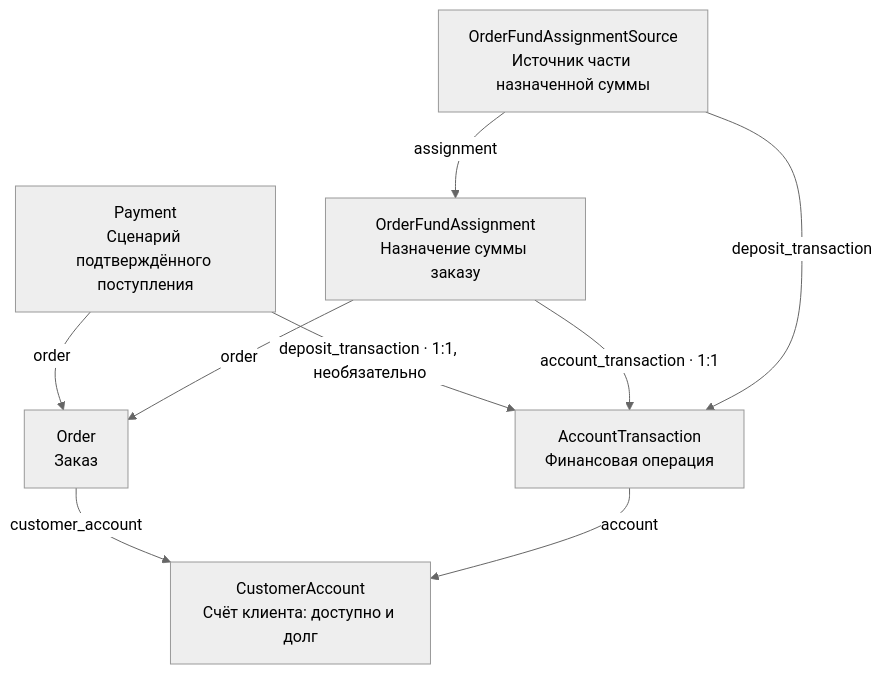
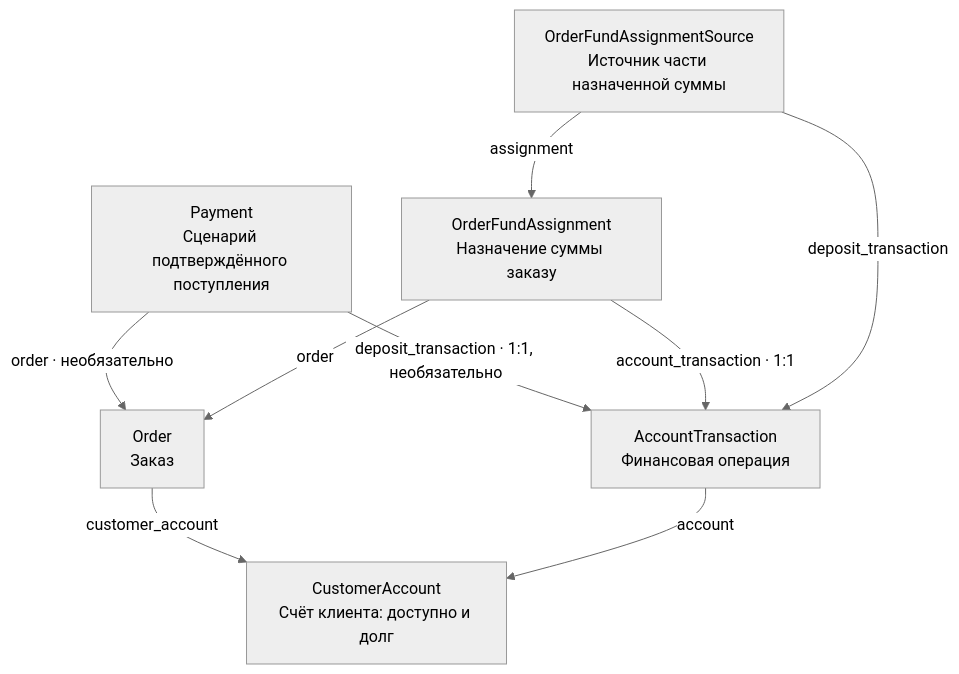
The first of 4 diagrams in README.md (asmpc/Shop_ePower), drawn with Mermaid (neutral theme) before and after one commit. The commit also changed other lines of this file and 21 other files, not shown here.

````diff
--- a/README.md
+++ b/README.md
@@ -259,18 +259,18 @@
 ```mermaid
 flowchart TB
     P["Payment<br/>Сценарий подтверждённого поступления"]
     O["Order<br/>Заказ"]
     A["OrderFundAssignment<br/>Назначение суммы заказу"]
     S["OrderFundAssignmentSource<br/>Источник части назначенной суммы"]
     T["AccountTransaction<br/>Финансовая операция"]
     C["CustomerAccount<br/>Счёт клиента: доступно и долг"]
 
-    P -->|"order"| O
+    P -->|"order · необязательно"| O
     P -->|"deposit_transaction · 1:1, необязательно"| T
     A -->|"order"| O
     A -->|"account_transaction · 1:1"| T
     S -->|"assignment"| A
     S -->|"deposit_transaction"| T
     O -->|"customer_account"| C
     T -->|"account"| C
 ```
````
